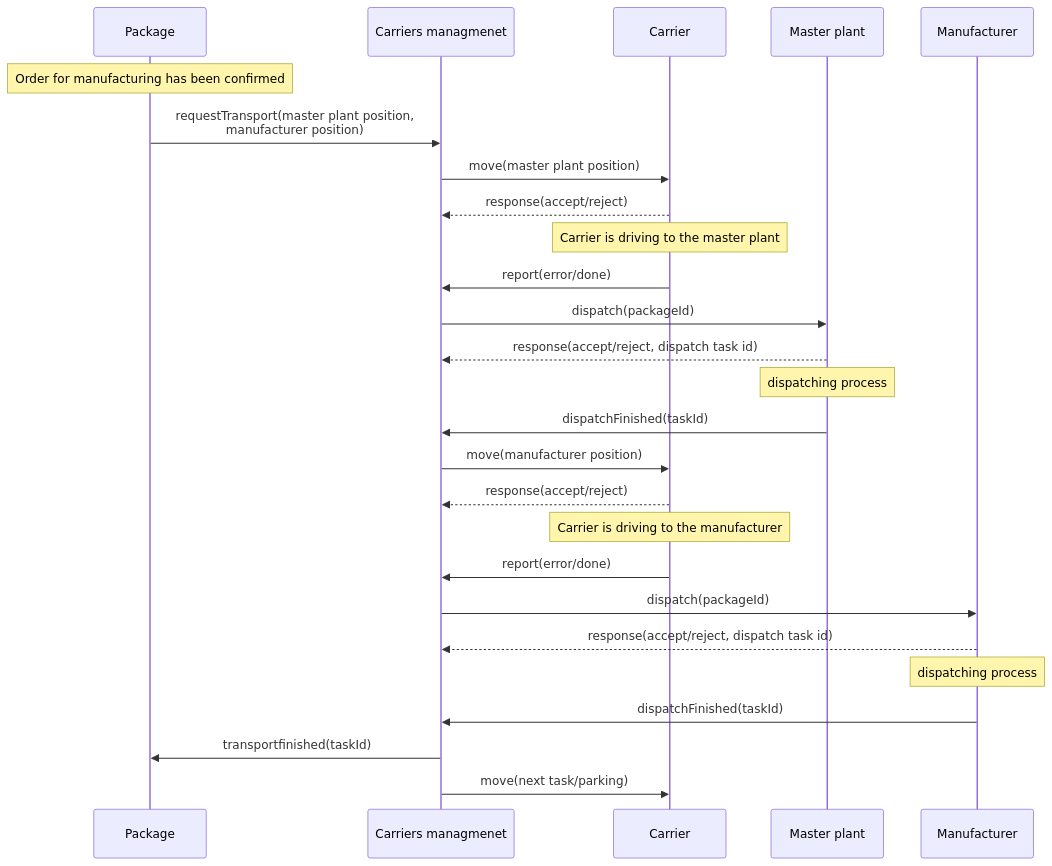
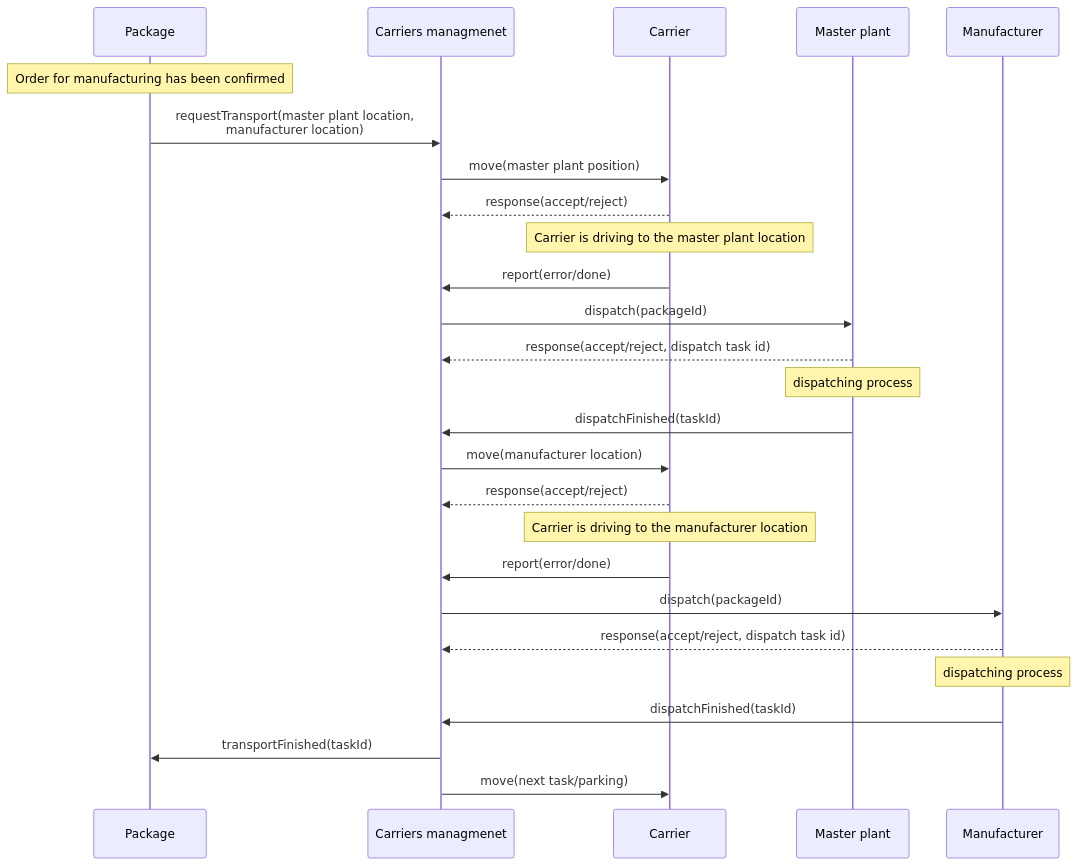
One commit to fsprojekti/shr-mfg-platform changed the second of 2 diagrams in README.md. Above: the diagram before and after it, drawn with Mermaid. The commit also changed other lines of this file, not shown here.

````diff
--- a/README.md
+++ b/README.md
@@ -75,32 +75,32 @@
 ```mermaid
 
 sequenceDiagram
 participant P as Package
     Note over P: Order for manufacturing has been confirmed
 participant C as Carriers managmenet
 participant A as Carrier
 participant O as Master plant 
 participant M as Manufacturer 
 
-P->>C: requestTransport(master plant position, <br>manufacturer position)
+P->>C: requestTransport(master plant location, <br>manufacturer location)
 C->>A: move(master plant position)
 A-->>C: response(accept/reject)
-Note over A: Carrier is driving to the master plant
+Note over A: Carrier is driving to the master plant location
 A->>C: report(error/done)
 C->>O: dispatch(packageId)
 O-->>C: response(accept/reject, dispatch task id)
 Note over O: dispatching process
 O->>C: dispatchFinished(taskId)
-C->>A: move(manufacturer position)
+C->>A: move(manufacturer location)
 
 A-->>C: response(accept/reject)
-Note over A: Carrier is driving to the manufacturer
+Note over A: Carrier is driving to the manufacturer location
 A->>C: report(error/done)
 C->>M: dispatch(packageId)
 M-->>C: response(accept/reject, dispatch task id)
 Note over M: dispatching process
 M->>C: dispatchFinished(taskId)
-C->>P: transportfinished(taskId)
+C->>P: transportFinished(taskId)
 C->>A: move(next task/parking)
 
 ```
````
